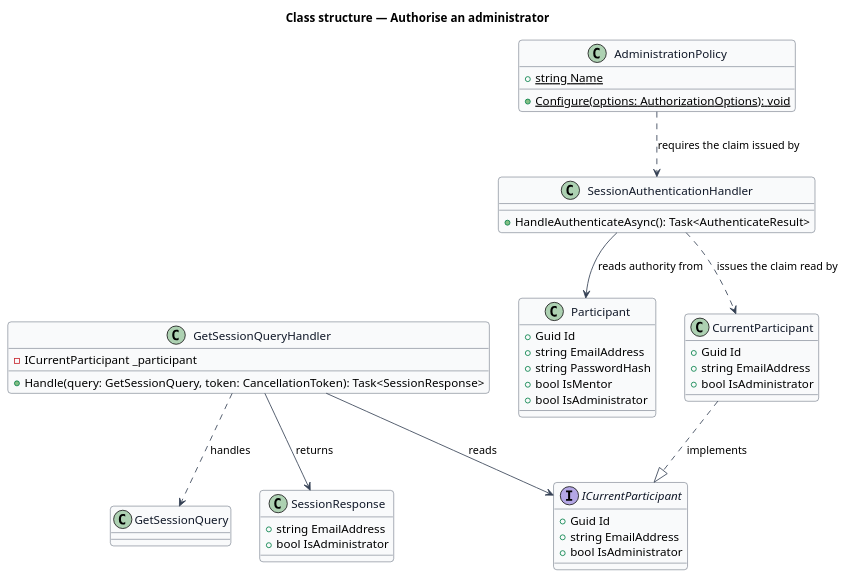
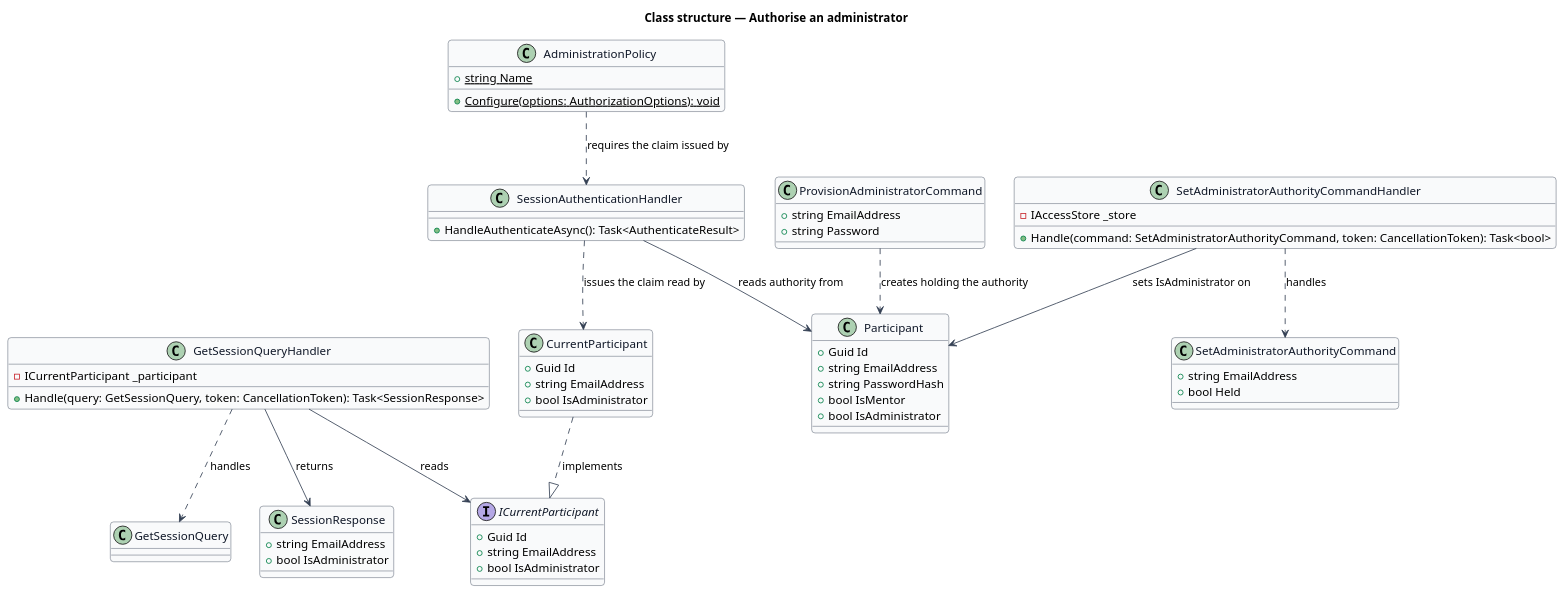
Before and after one commit to QuinntyneBrown/quinntyne-brown-stewardship: the diagram in docs/detailed-designs/administration/authorise-administrator/diagrams/class-structure.puml, drawn with PlantUML. The commit also changed 6 other files, not shown here.

```diff
--- a/docs/detailed-designs/administration/authorise-administrator/diagrams/class-structure.puml
+++ b/docs/detailed-designs/administration/authorise-administrator/diagrams/class-structure.puml
@@ -1,63 +1,81 @@
 @startuml
 skinparam backgroundColor #FFFFFF
 skinparam shadowing false
 skinparam roundcorner 8
 skinparam defaultFontName Arial
 skinparam ArrowColor #344054
 skinparam class {
   BorderColor #344054
   FontColor #101828
   BackgroundColor #F9FAFB
 }
 title Class structure — Authorise an administrator
 
 class Participant {
   +Guid Id
   +string EmailAddress
   +string PasswordHash
   +bool IsMentor
   +bool IsAdministrator
 }
 
 interface ICurrentParticipant {
   +Guid Id
   +string EmailAddress
   +bool IsAdministrator
 }
 
 class CurrentParticipant {
   +Guid Id
   +string EmailAddress
   +bool IsAdministrator
 }
 
 class SessionAuthenticationHandler {
   +HandleAuthenticateAsync(): Task<AuthenticateResult>
 }
 
 class AdministrationPolicy {
   +{static} string Name
   +{static} Configure(options: AuthorizationOptions): void
 }
 
+class ProvisionAdministratorCommand {
+  +string EmailAddress
+  +string Password
+}
+
+class SetAdministratorAuthorityCommand {
+  +string EmailAddress
+  +bool Held
+}
+
+class SetAdministratorAuthorityCommandHandler {
+  -IAccessStore _store
+  +Handle(command: SetAdministratorAuthorityCommand, token: CancellationToken): Task<bool>
+}
+
 class GetSessionQuery {
 }
 
 class GetSessionQueryHandler {
   -ICurrentParticipant _participant
   +Handle(query: GetSessionQuery, token: CancellationToken): Task<SessionResponse>
 }
 
 class SessionResponse {
   +string EmailAddress
   +bool IsAdministrator
 }
 
 CurrentParticipant ..|> ICurrentParticipant : implements
 SessionAuthenticationHandler --> Participant : reads authority from
 SessionAuthenticationHandler ..> CurrentParticipant : issues the claim read by
 AdministrationPolicy ..> SessionAuthenticationHandler : requires the claim issued by
 GetSessionQueryHandler ..> GetSessionQuery : handles
 GetSessionQueryHandler --> ICurrentParticipant : reads
 GetSessionQueryHandler --> SessionResponse : returns
+ProvisionAdministratorCommand ..> Participant : creates holding the authority
+SetAdministratorAuthorityCommandHandler ..> SetAdministratorAuthorityCommand : handles
+SetAdministratorAuthorityCommandHandler --> Participant : sets IsAdministrator on
 @enduml
```
